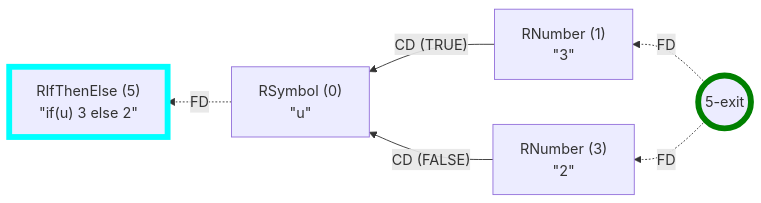
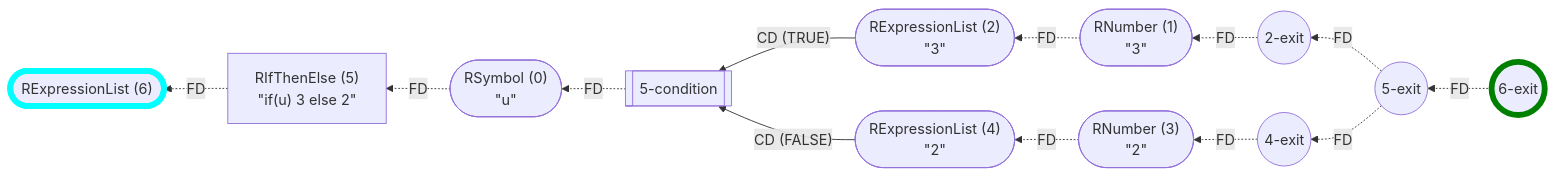
One commit to flowr-analysis/flowr changed the second of 4 diagrams in wiki/Control Flow Graph.md. Above: the diagram before and after it, drawn with Mermaid. The commit also changed other lines of this file and 7 other files, not shown here.

Commit message:
[skip ci] doc: update generated wiki pages (wiki/Capabilities,wiki/Dataflow Graph,wiki/Search API,wiki/Interface,wiki/Control Flow Graph,wiki/Linting and Testing,wiki/Core,README)

````diff
--- a/wiki/Control Flow Graph.md
+++ b/wiki/Control Flow Graph.md
@@ -79,18 +83,34 @@
 ```mermaid
 flowchart RL
+    n6(["`RExpressionList (6)`"])
     n5["`RIfThenElse (5)
 #34;if(u) 3 else 2#34;`"]
+    n5-condition[[5-condition]]
     n5-exit((5-exit))
-    n0["`RSymbol (0)
-#34;u#34;`"]
-    n1["`RNumber (1)
-#34;3#34;`"]
-    n3["`RNumber (3)
-#34;2#34;`"]
-    n1 -->|"CD (TRUE)"| n0
-    n3 -->|"CD (FALSE)"| n0
+    n0(["`RSymbol (0)
+#34;u#34;`"])
+    n2(["`RExpressionList (2)
+#34;3#34;`"])
+    n1(["`RNumber (1)
+#34;3#34;`"])
+    n2-exit((2-exit))
+    n4(["`RExpressionList (4)
+#34;2#34;`"])
+    n3(["`RNumber (3)
+#34;2#34;`"])
+    n4-exit((4-exit))
+    n6-exit((6-exit))
+    n5 -.->|"FD"| n6
+    n1 -.->|"FD"| n2
+    n2-exit -.->|"FD"| n1
+    n3 -.->|"FD"| n4
+    n4-exit -.->|"FD"| n3
+    n5-condition -.->|"FD"| n0
+    n2 -->|"CD (TRUE)"| n5-condition
+    n4 -->|"CD (FALSE)"| n5-condition
     n0 -.->|"FD"| n5
-    n5-exit -.->|"FD"| n1
-    n5-exit -.->|"FD"| n3
-    style n5 stroke:cyan,stroke-width:6.5px;    style n5-exit stroke:green,stroke-width:6.5px;
+    n5-exit -.->|"FD"| n2-exit
+    n5-exit -.->|"FD"| n4-exit
+    n6-exit -.->|"FD"| n5-exit
+    style n6 stroke:cyan,stroke-width:6.5px;    style n6-exit stroke:green,stroke-width:6.5px;
 ```
````
